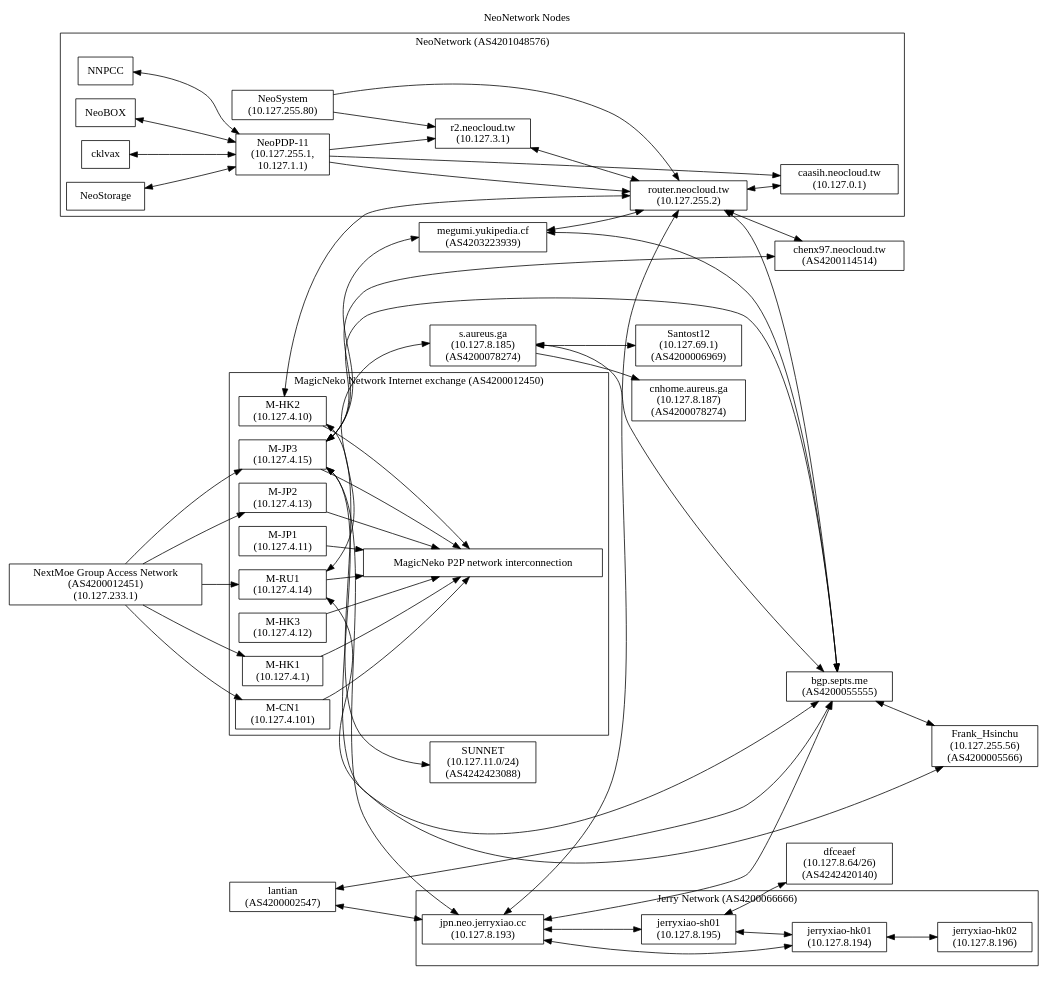
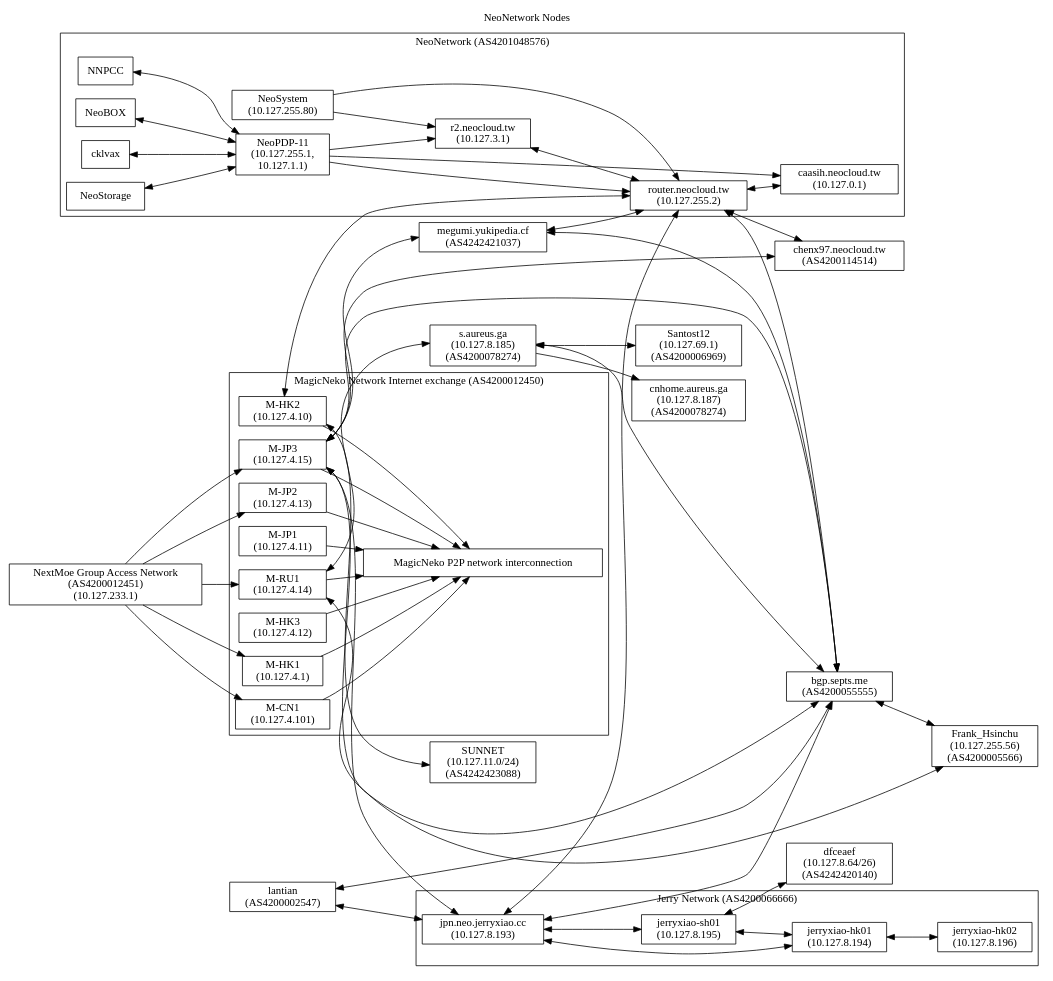
One commit to NeoCloud/NeoNetwork changed the diagram in nodes.dot. Above: the diagram before and after it, drawn with Graphviz. The commit also changed 4 other files, not shown here.

```diff
--- a/nodes.dot
+++ b/nodes.dot
@@ -1,105 +1,105 @@
 digraph "NeoNetwork Nodes"
 {
 	label="NeoNetwork Nodes";
 	labelloc="t";
 	rankdir=LR;
 	node [shape=box]
 	c [label="caasih.neocloud.tw\n(10.127.0.1)"]
 	ucbvax [label="router.neocloud.tw\n(10.127.255.2)"]
 	np11 [label="NeoPDP-11\n(10.127.255.1,\n10.127.1.1)"]
 	ns [label="NeoSystem\n(10.127.255.80)"]
-	megumiLHS [label="megumi.yukipedia.cf\n(AS4203223939)"]
+	megumiLHS [label="megumi.yukipedia.cf\n(AS4242421037)"]
 	pan [label="r2.neocloud.tw\n(10.127.3.1)"]
 	icecat_Explosion [label="MagicNeko P2P network interconnection"]
 	icecat_Notebook [label="NextMoe Group Access Network\n(AS4200012451)\n(10.127.233.1)"]
 	magicneko_HK01 [label="M-HK1\n(10.127.4.1)"]
 	magicneko_HK02 [label="M-HK2\n(10.127.4.10)"]
 	magicneko_JP01 [label="M-JP1\n(10.127.4.11)"]
 	magicneko_HK03 [label="M-HK3\n(10.127.4.12)"]
 	magicneko_JP02 [label="M-JP2\n(10.127.4.13)"]
 	magicneko_RU01 [label="M-RU1\n(10.127.4.14)"]
 	magicneko_JP03 [label="M-JP3\n(10.127.4.15)"]
 	magicneko_CN01 [label="M-CN1\n(10.127.4.101)"]
 	staph [label="s.aureus.ga\n(10.127.8.185)\n(AS4200078274)"]
 	staph_CN [label="cnhome.aureus.ga\n(10.127.8.187)\n(AS4200078274)"]
 	chenx97 [label="chenx97.neocloud.tw\n(AS4200114514)"]
 	JerryXiao [label="jpn.neo.jerryxiao.cc\n(10.127.8.193)"]
 	JerryXiao_SH01 [label="jerryxiao-sh01\n(10.127.8.195)"]
 	JerryXiao_HK01 [label="jerryxiao-hk01\n(10.127.8.194)"]
 	JerryXiao_HK02 [label="jerryxiao-hk02\n(10.127.8.196)"]
 	septs [label="bgp.septs.me\n(AS4200055555)"]
 	lantian [label="lantian\n(AS4200002547)"]
 	dfceaef [label="dfceaef\n(10.127.8.64/26)\n(AS4242420140)"]
 	SUNNET [label="SUNNET\n(10.127.11.0/24)\n(AS4242423088)"]
 	santost12 [label="Santost12\n(10.127.69.1)\n(AS4200006969)"]
 	frank_hsinchu [label="Frank_Hsinchu\n(10.127.255.56)\n(AS4200005566)"]
 	subgraph cluster_AS4201048576
 	{
 		label = "NeoNetwork (AS4201048576)";
 
 		NNPCC -> np11 [dir=both]
 		NeoBOX -> np11 [dir=both]
 		cklvax -> np11 [dir=both]
 		NeoStorage -> np11 [dir=both]
 		np11 -> ucbvax
 		np11 -> pan
 		np11 -> c
 		ucbvax -> c [dir=both]
 		ns -> ucbvax
 		ns -> pan
 		pan -> ucbvax [dir=both]
 	}
 
 	megumiLHS -> ucbvax [dir=both]
 	magicneko_HK02 -> ucbvax [dir=both]
 	staph -> staph_CN
 	ucbvax -> chenx97 [dir=both]
 
 	subgraph cluster_AS4200012450
 	{
 		label="MagicNeko Network Internet exchange (AS4200012450)";
 
 		magicneko_HK01 -> icecat_Explosion
 		magicneko_HK02 -> icecat_Explosion
 		magicneko_JP01 -> icecat_Explosion
 		magicneko_HK03 -> icecat_Explosion
 		magicneko_JP02 -> icecat_Explosion
 		magicneko_RU01 -> icecat_Explosion
 		magicneko_JP03 -> icecat_Explosion
 		magicneko_CN01 -> icecat_Explosion
 	}
 
 	subgraph cluster_AS4200066666
 	{
 		label="Jerry Network (AS4200066666)";
 
 		JerryXiao -> JerryXiao_SH01 [dir=both]
 		JerryXiao -> JerryXiao_HK01 [dir=both]
 		JerryXiao_SH01 -> JerryXiao_HK01 [dir=both]
 		JerryXiao_HK01 -> JerryXiao_HK02 [dir=both]
 	}
 
 	JerryXiao -> ucbvax [dir=both]
 	JerryXiao -> septs [dir=both]
 	JerryXiao_SH01 -> dfceaef [dir=both]
 	magicneko_JP03 -> JerryXiao [dir=both]
 	lantian -> septs [dir=both]
 	lantian -> JerryXiao [dir=both]
 	magicneko_JP03 -> septs [dir=both]
 	staph -> septs [dir=both]
 	ucbvax -> septs [dir=both]
 	magicneko_JP03 -> chenx97 [dir=both]
 	magicneko_RU01 -> staph [dir=both]
 	megumiLHS -> septs [dir=both]
 	magicneko_HK02 -> SUNNET [dir=both]
 	staph -> santost12 [dir=both]
 	magicneko_RU01 -> septs [dir=both]
 	magicneko_JP03 -> megumiLHS [dir=both]
 	magicneko_JP03 -> frank_hsinchu [dir=both]
 	septs	->	frank_hsinchu	[dir=both]
 	icecat_Notebook -> magicneko_HK01
 	icecat_Notebook -> magicneko_JP03
 	icecat_Notebook -> magicneko_RU01
 	icecat_Notebook -> magicneko_CN01
 	icecat_Notebook -> magicneko_JP02
 }
```
